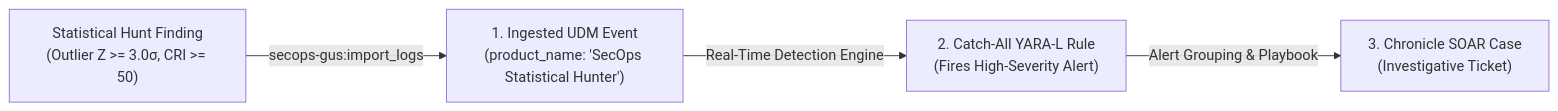
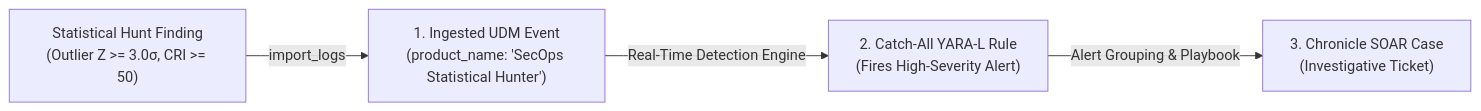
Before and after one commit to GooGKush/secops-statistical-hunter: the diagram in references/clean-handoff-udm-schema.md, drawn with Mermaid. The commit also changed other lines of this file and 4 other files, not shown here.

````diff
--- a/references/clean-handoff-udm-schema.md
+++ b/references/clean-handoff-udm-schema.md
@@ -16,6 +16,6 @@
 ```mermaid
 flowchart LR
-    A["Statistical Hunt Finding<br>(Outlier Z >= 3.0σ, CRI >= 50)"] -->|secops-gus:import_logs| B["1. Ingested UDM Event<br>(product_name: 'SecOps Statistical Hunter')"]
+    A["Statistical Hunt Finding<br>(Outlier Z >= 3.0σ, CRI >= 50)"] -->|import_logs| B["1. Ingested UDM Event<br>(product_name: 'SecOps Statistical Hunter')"]
     B -->|Real-Time Detection Engine| C["2. Catch-All YARA-L Rule<br>(Fires High-Severity Alert)"]
     C -->|Alert Grouping & Playbook| D["3. Chronicle SOAR Case<br>(Investigative Ticket)"]
 ```
````
